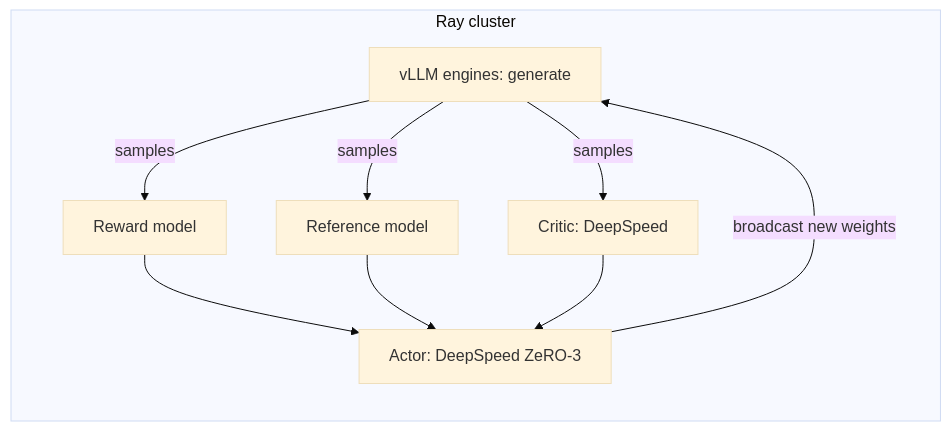
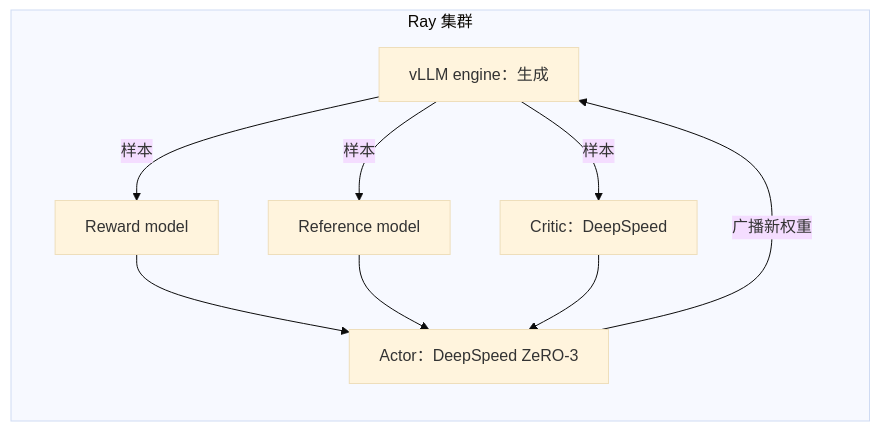
Before and after one commit to lxy-alexander/VoidIndex: the third of 8 diagrams in src/content/posts/llm-rl-frameworks.md, drawn with Mermaid (base theme). The commit also changed other lines of this file and 4 other files, not shown here.

````diff
--- a/src/content/posts/llm-rl-frameworks.md
+++ b/src/content/posts/llm-rl-frameworks.md
@@ -85,18 +85,18 @@
 ```mermaid
 flowchart LR
-  subgraph RAY["Ray cluster"]
+  subgraph RAY["Ray 集群"]
     direction TB
-    V["vLLM engines: generate"]
-    ACT["Actor: DeepSpeed ZeRO-3"]
-    CRI["Critic: DeepSpeed"]
+    V["vLLM engine：生成"]
+    ACT["Actor：DeepSpeed ZeRO-3"]
+    CRI["Critic：DeepSpeed"]
     RM["Reward model"]
     REF["Reference model"]
   end
-  V -- "samples" --> RM
-  V -- "samples" --> REF
-  V -- "samples" --> CRI
+  V -- "样本" --> RM
+  V -- "样本" --> REF
+  V -- "样本" --> CRI
   RM --> ACT
   REF --> ACT
   CRI --> ACT
-  ACT -- "broadcast new weights" --> V
+  ACT -- "广播新权重" --> V
 ```
````
